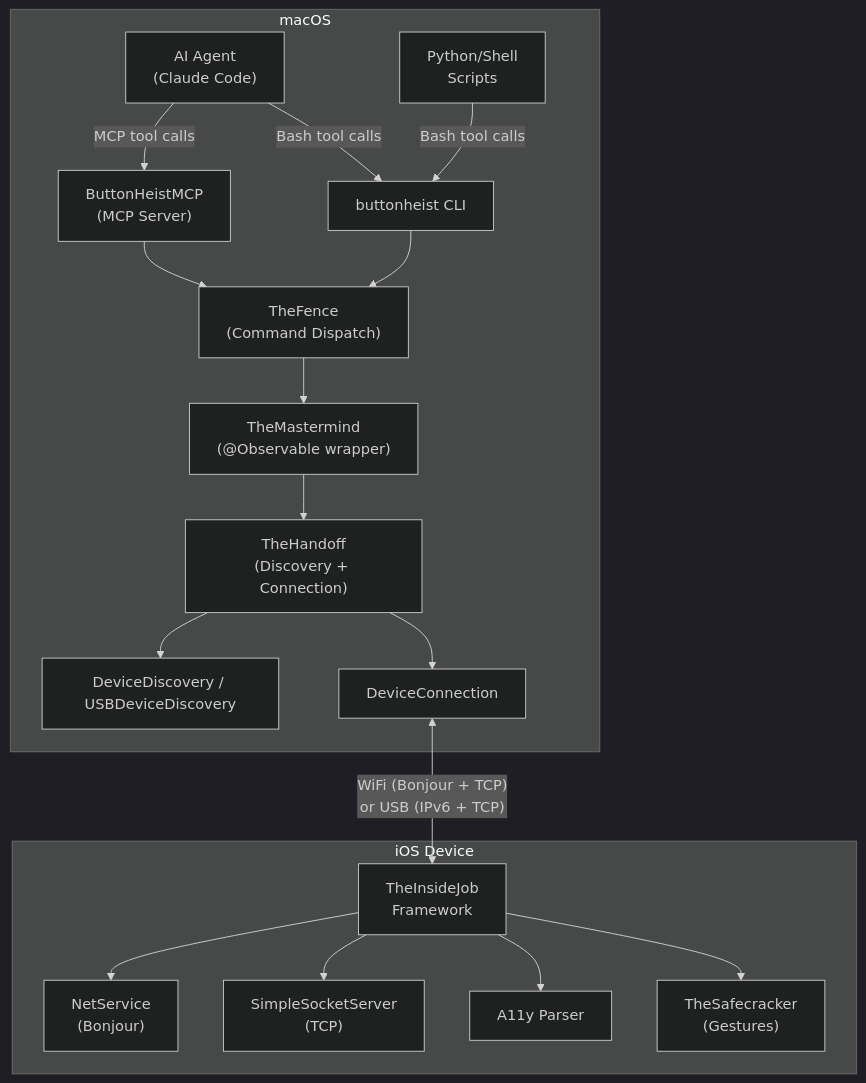
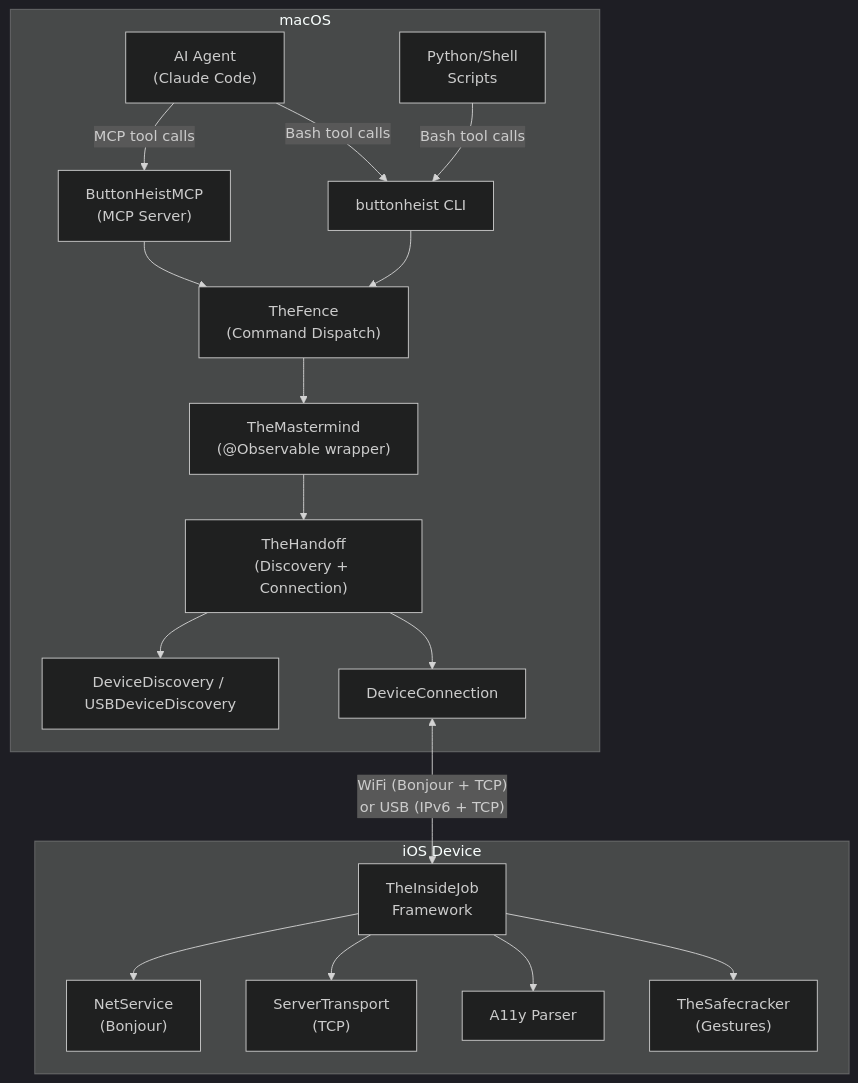
Before and after one commit to RoyalPineapple/TheButtonHeist: the first of 10 diagrams in docs/ARCHITECTURE.md, drawn with Mermaid (dark theme). The commit also changed other lines of this file and 20 other files, not shown here.

````diff
--- a/docs/ARCHITECTURE.md
+++ b/docs/ARCHITECTURE.md
@@ -15,23 +15,23 @@
 ```mermaid
 graph TB
     subgraph mac["macOS"]
         Agent["AI Agent<br>(Claude Code)"] -->|MCP tool calls| MCP["ButtonHeistMCP<br>(MCP Server)"]
         Agent -->|Bash tool calls| CLI["buttonheist CLI"]
         Scripts["Python/Shell<br>Scripts"] -->|Bash tool calls| CLI
         MCP --> TF["TheFence<br>(Command Dispatch)"]
         CLI --> TF
         TF --> TM["TheMastermind<br>(@Observable wrapper)"]
         TM --> TH["TheHandoff<br>(Discovery + Connection)"]
         TH --> DD["DeviceDiscovery / USBDeviceDiscovery"]
         TH --> DC["DeviceConnection"]
     end
 
     DC <-->|"WiFi (Bonjour + TCP)<br>or USB (IPv6 + TCP)"| IJ
 
     subgraph ios["iOS Device"]
         IJ["TheInsideJob<br>Framework"] --> NS["NetService<br>(Bonjour)"]
-        IJ --> SS["SimpleSocketServer<br>(TCP)"]
+        IJ --> SS["ServerTransport<br>(TCP)"]
         IJ --> A11y["A11y Parser"]
         IJ --> TSC["TheSafecracker<br>(Gestures)"]
     end
 ```
````
